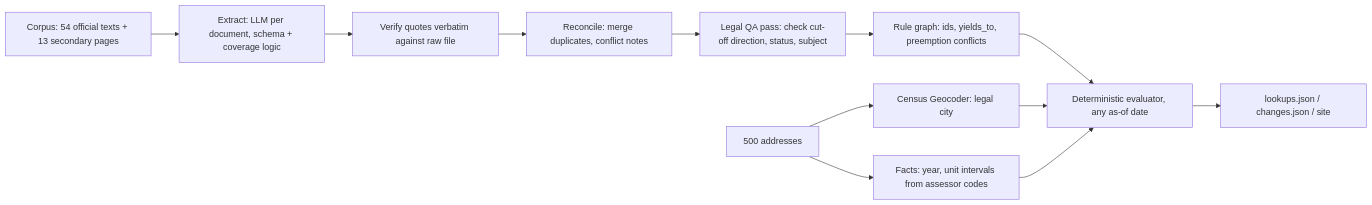
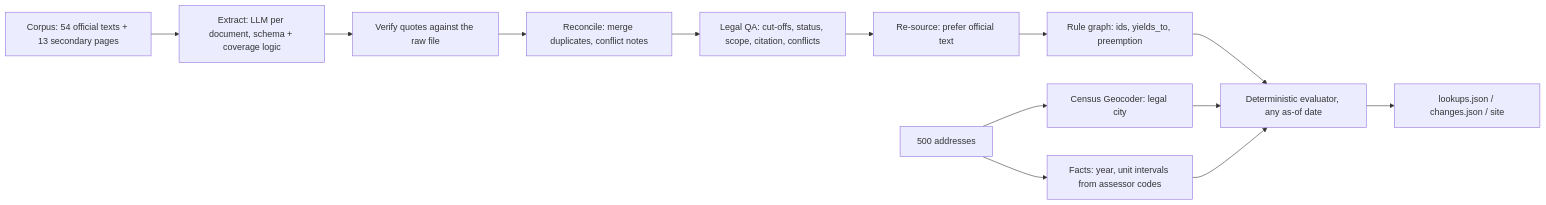
Before and after one commit to suvyakth/lexmap: the diagram in README.md, drawn with Mermaid. The commit also changed other lines of this file and 12 other files, not shown here.

````diff
--- a/README.md
+++ b/README.md
@@ -42,14 +60,15 @@
 ```mermaid
 flowchart LR
   A[Corpus: 54 official texts + 13 secondary pages] --> B[Extract: LLM per document, schema + coverage logic]
-  B --> C[Verify quotes verbatim against raw file]
+  B --> C[Verify quotes against the raw file]
   C --> D[Reconcile: merge duplicates, conflict notes]
-  D --> E[Legal QA pass: check cut-off direction, status, subject]
-  E --> F[Rule graph: ids, yields_to, preemption conflicts]
+  D --> E[Legal QA: cut-offs, status, scope, citation, conflicts]
+  E --> R[Re-source: prefer official text]
+  R --> F[Rule graph: ids, yields_to, preemption]
   G[500 addresses] --> H[Census Geocoder: legal city]
   G --> I[Facts: year, unit intervals from assessor codes]
   F --> J[Deterministic evaluator, any as-of date]
   H --> J
   I --> J
   J --> K[lookups.json / changes.json / site]
 ```
````
